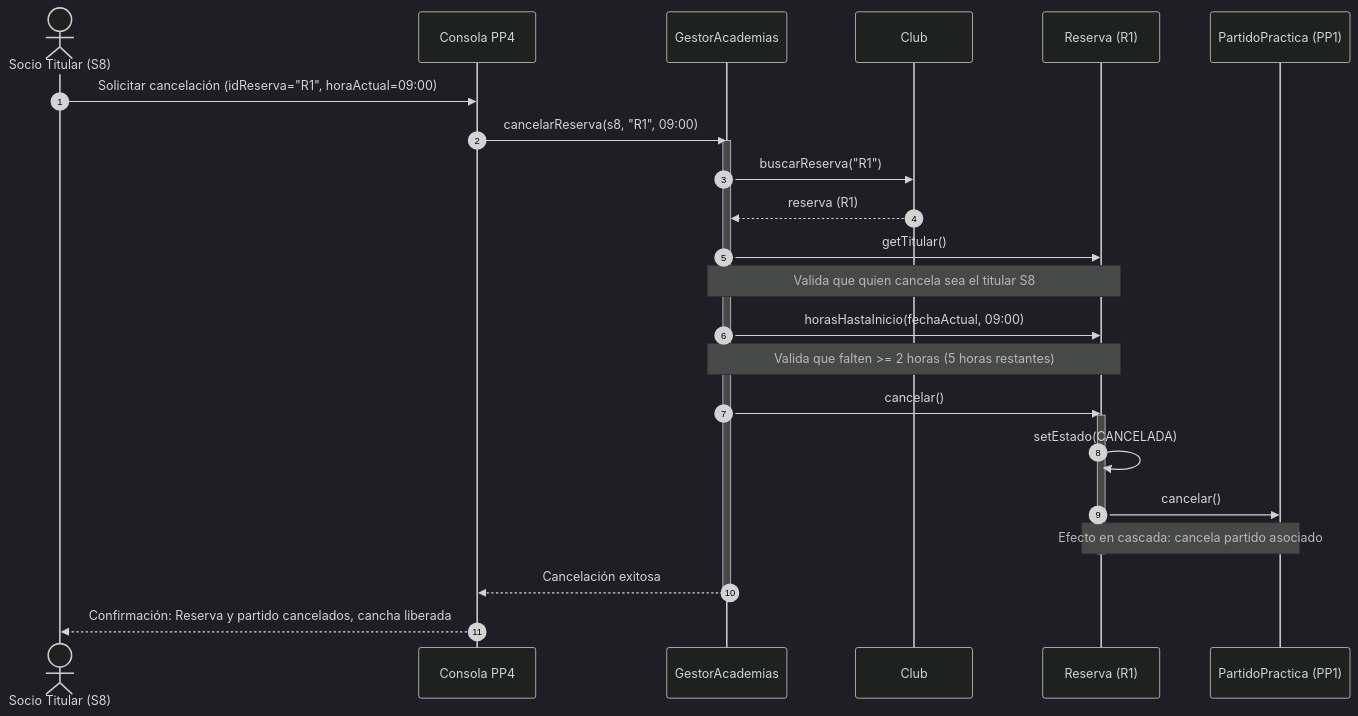
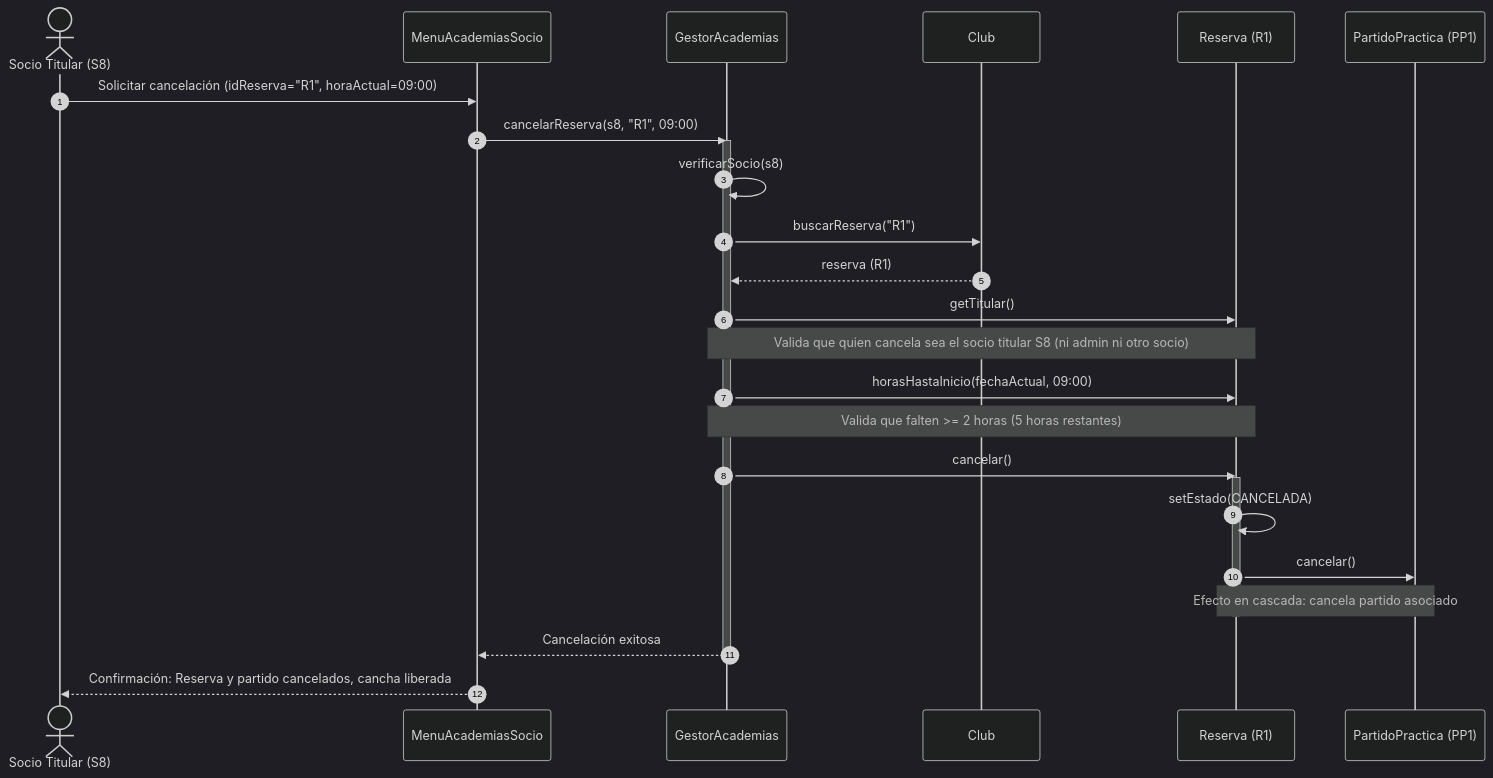
Before and after one commit to DPOO-Grupo1/Proyecto1: the diagram in Proyecto 2/Entrega única/docs/diagramas/secuencias/formato_raiz/secuencia_cancelacion.mmd, drawn with Mermaid (dark theme). The commit also changed 2 other files, not shown here.

Commit message:
actualizar secuencias de inscripcion reserva y cancelacion

```diff
--- a/Proyecto 2/Entrega única/docs/diagramas/secuencias/formato_raiz/secuencia_cancelacion.mmd
+++ b/Proyecto 2/Entrega única/docs/diagramas/secuencias/formato_raiz/secuencia_cancelacion.mmd
@@ -1,33 +1,34 @@
 sequenceDiagram
     autonumber
     actor Socio as Socio Titular (S8)
-    participant Consola as Consola PP4
+    participant Consola as MenuAcademiasSocio
     participant Gestor as GestorAcademias
     participant Club as Club
     participant Reserva as Reserva (R1)
     participant Partido as PartidoPractica (PP1)
 
     Socio->>Consola: Solicitar cancelación (idReserva="R1", horaActual=09:00)
     Consola->>Gestor: cancelarReserva(s8, "R1", 09:00)
 
     activate Gestor
+    Gestor->>Gestor: verificarSocio(s8)
     Gestor->>Club: buscarReserva("R1")
     Club-->>Gestor: reserva (R1)
 
     Gestor->>Reserva: getTitular()
-    Note over Gestor,Reserva: Valida que quien cancela sea el titular S8
+    Note over Gestor,Reserva: Valida que quien cancela sea el socio titular S8 (ni admin ni otro socio)
 
     Gestor->>Reserva: horasHastaInicio(fechaActual, 09:00)
     Note over Gestor,Reserva: Valida que falten >= 2 horas (5 horas restantes)
 
     Gestor->>Reserva: cancelar()
     activate Reserva
     Reserva->>Reserva: setEstado(CANCELADA)
     Reserva->>Partido: cancelar()
     Note over Reserva,Partido: Efecto en cascada: cancela partido asociado
     deactivate Reserva
 
     Gestor-->>Consola: Cancelación exitosa
     deactivate Gestor
 
     Consola-->>Socio: Confirmación: Reserva y partido cancelados, cancha liberada
```
